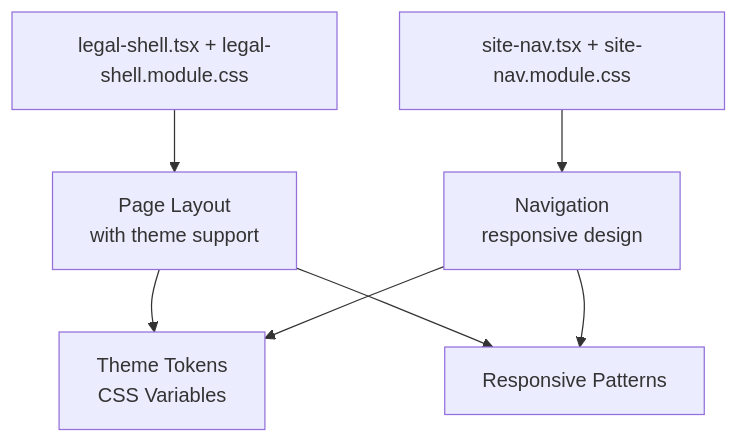
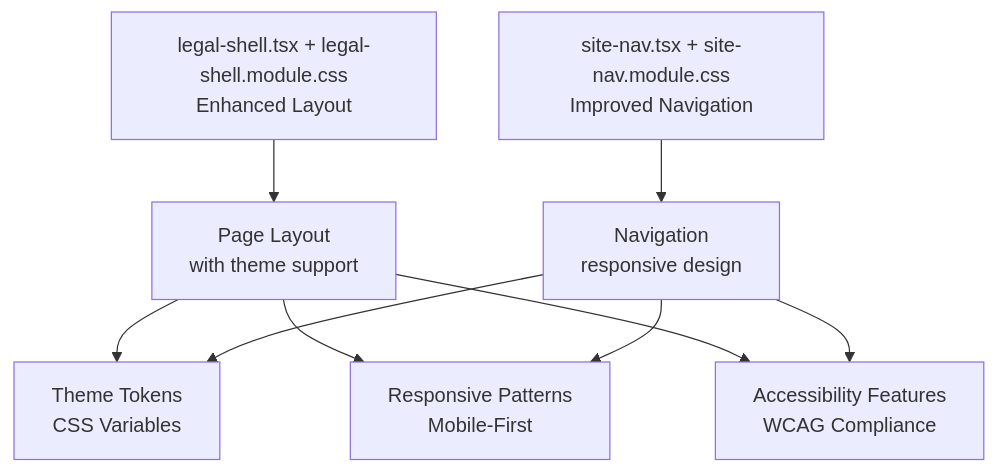
One commit to HassanAmeer/cheaprouter changed the ninth of 10 diagrams in .qoder/repowiki/en/content/Frontend Architecture/Styling System.md. Above: the diagram before and after it, drawn with Mermaid. The commit also changed other lines of this file and 10 other files, not shown here.

````diff
--- a/.qoder/repowiki/en/content/Frontend Architecture/Styling System.md
+++ b/.qoder/repowiki/en/content/Frontend Architecture/Styling System.md
@@ -408,9 +416,11 @@
 ```mermaid
 graph TB
-LS["legal-shell.tsx + legal-shell.module.css"] --> Layout["Page Layout<br/>with theme support"]
-SN["site-nav.tsx + site-nav.module.css"] --> Nav["Navigation<br/>responsive design"]
+LS["legal-shell.tsx + legal-shell.module.css<br/>Enhanced Layout"] --> Layout["Page Layout<br/>with theme support"]
+SN["site-nav.tsx + site-nav.module.css<br/>Improved Navigation"] --> Nav["Navigation<br/>responsive design"]
 Layout --> Theme["Theme Tokens<br/>CSS Variables"]
 Nav --> Theme
-Layout --> Responsive["Responsive Patterns"]
+Layout --> Responsive["Responsive Patterns<br/>Mobile-First"]
 Nav --> Responsive
+Layout --> Accessibility["Accessibility Features<br/>WCAG Compliance"]
+Nav --> Accessibility
 ```
````
